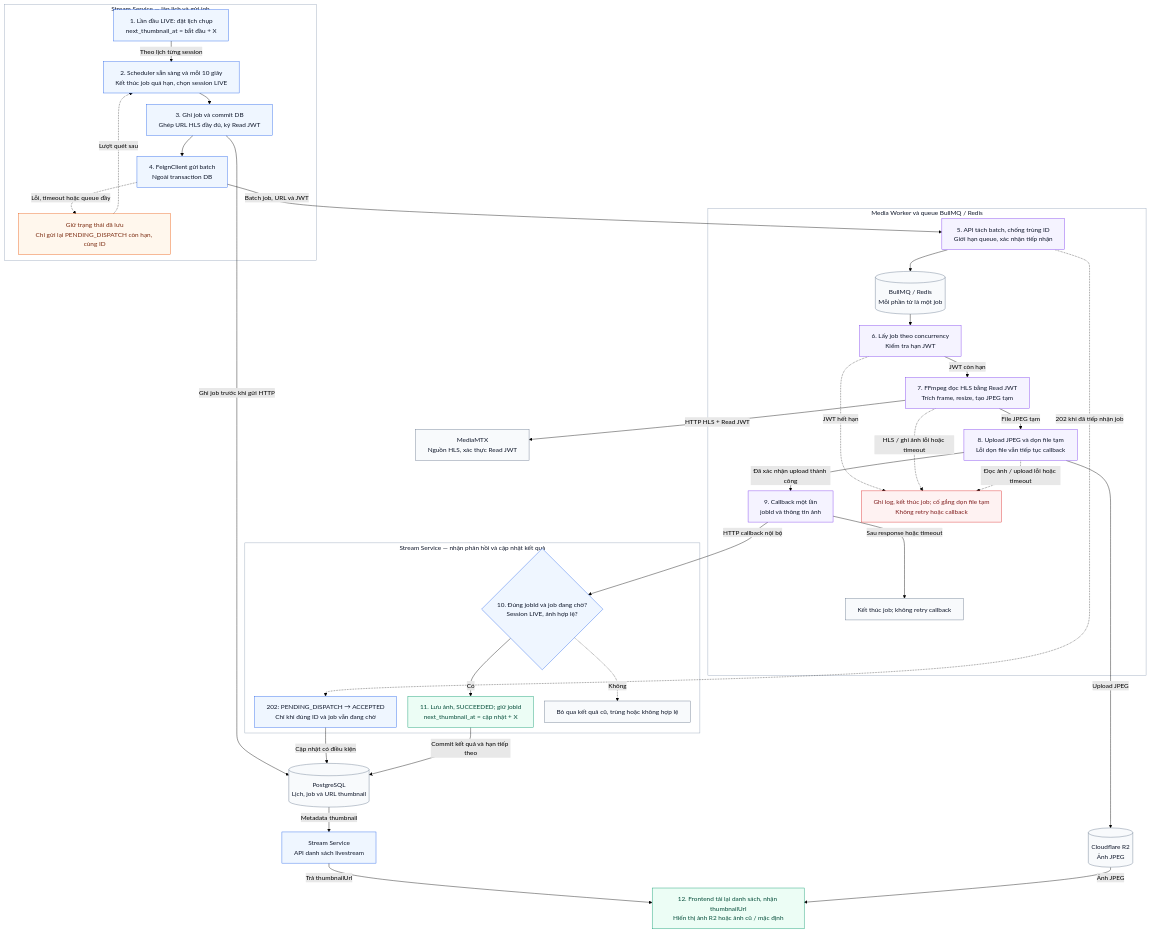
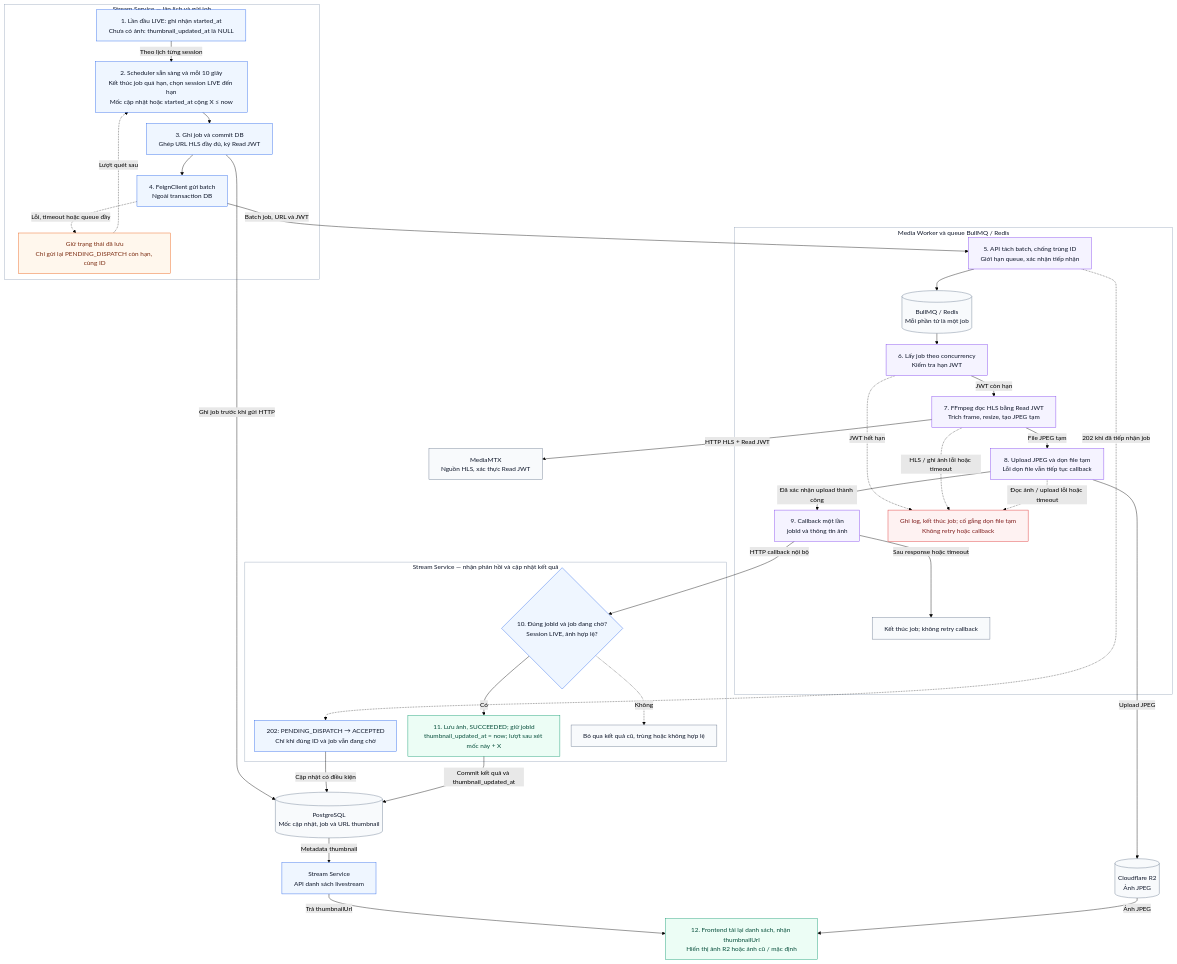
Before and after one commit to ThanhMiLa/reallive: the diagram in docs/architecture/Livestream Thumbnail Architecture and Flow.md, drawn with Mermaid (forest theme). The commit also changed other lines of this file and 1 other file, not shown here.

Commit message:
docs(architecture): update livestream thumbnail workflow details and implementation plan

```diff
--- a/docs/architecture/Livestream Thumbnail Architecture and Flow.md
+++ b/docs/architecture/Livestream Thumbnail Architecture and Flow.md
@@ -137,8 +140,8 @@
 %%{init: {"flowchart": {"nodeSpacing": 28, "rankSpacing": 28, "wrappingWidth": 320}}}%%
 flowchart TB
     subgraph DISPATCH["Stream Service — lập lịch và gửi job"]
-        INIT["1. Lần đầu LIVE: đặt lịch chụp<br/>next_thumbnail_at = bắt đầu + X"]
-        SCHED["2. Scheduler sẵn sàng và mỗi 10 giây<br/>Kết thúc job quá hạn, chọn session LIVE"]
+        INIT["1. Lần đầu LIVE: ghi nhận started_at<br/>Chưa có ảnh: thumbnail_updated_at là NULL"]
+        SCHED["2. Scheduler sẵn sàng và mỗi 10 giây<br/>Kết thúc job quá hạn, chọn session LIVE đến hạn<br/>Mốc cập nhật hoặc started_at cộng X ≤ now"]
         PREPARE["3. Ghi job và commit DB<br/>Ghép URL HLS đầy đủ, ký Read JWT"]
         SEND["4. FeignClient gửi batch<br/>Ngoài transaction DB"]
         WAIT["Giữ trạng thái đã lưu<br/>Chỉ gửi lại PENDING_DISPATCH còn hạn, cùng ID"]
@@ -172,14 +175,14 @@
     subgraph RESULT["Stream Service — nhận phản hồi và cập nhật kết quả"]
         ACCEPT["202: PENDING_DISPATCH → ACCEPTED<br/>Chỉ khi đúng ID và job vẫn đang chờ"]
         CHECK{"10. Đúng jobId và job đang chờ?<br/>Session LIVE, ảnh hợp lệ?"}
-        SUCCESS["11. Lưu ảnh, SUCCEEDED; giữ jobId<br/>next_thumbnail_at = cập nhật + X"]
+        SUCCESS["11. Lưu ảnh, SUCCEEDED; giữ jobId<br/>thumbnail_updated_at = now; lượt sau xét mốc này + X"]
         IGNORE["Bỏ qua kết quả cũ, trùng hoặc không hợp lệ"]
 
         CHECK -->|"Có"| SUCCESS
         CHECK -.->|"Không"| IGNORE
     end
 
-    DB[("PostgreSQL<br/>Lịch, job và URL thumbnail")]
+    DB[("PostgreSQL<br/>Mốc cập nhật, job và URL thumbnail")]
     MTX["MediaMTX<br/>Nguồn HLS, xác thực Read JWT"]
     R2[("Cloudflare R2<br/>Ảnh JPEG")]
     LIST["Stream Service<br/>API danh sách livestream"]
@@ -193,7 +196,7 @@
     FFMPEG -->|"HTTP HLS + Read JWT"| MTX
     UPLOAD -->|"Upload JPEG"| R2
     CALLBACK -->|"HTTP callback nội bộ"| CHECK
-    SUCCESS -->|"Commit kết quả và hạn tiếp theo"| DB
+    SUCCESS -->|"Commit kết quả và thumbnail_updated_at"| DB
 
     DB -->|"Metadata thumbnail"| LIST
     LIST -->|"Trả thumbnailUrl"| FRONTEND
```
